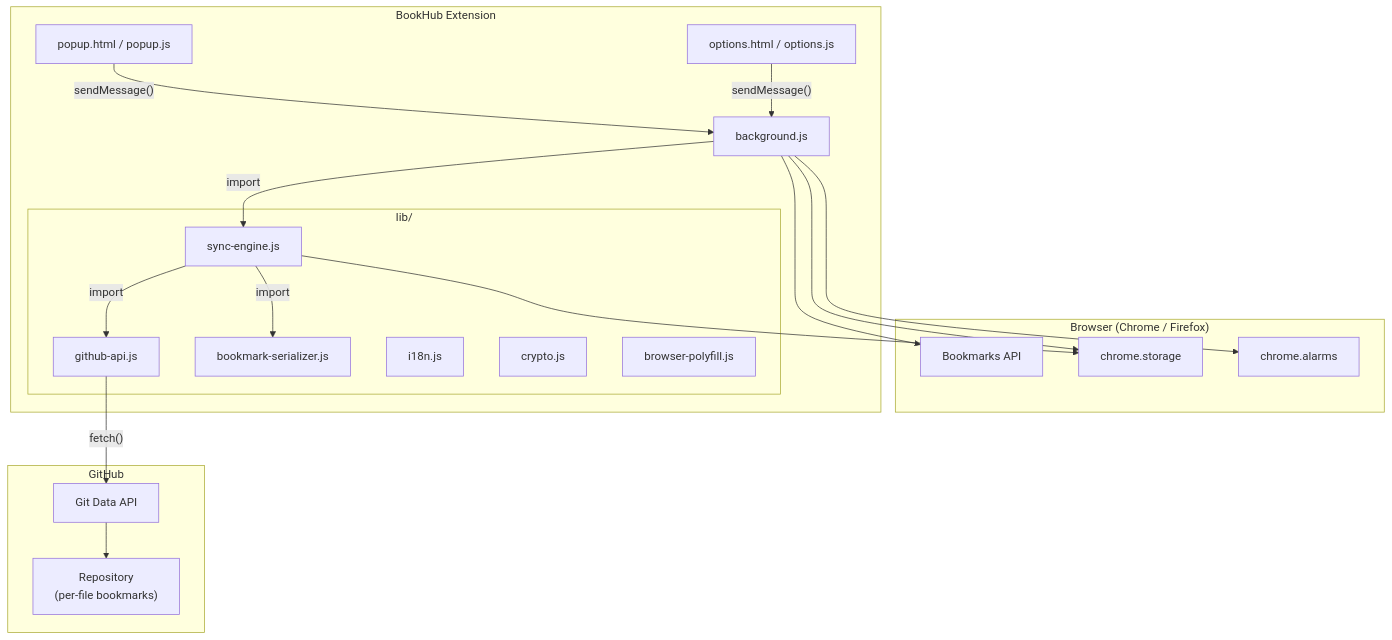
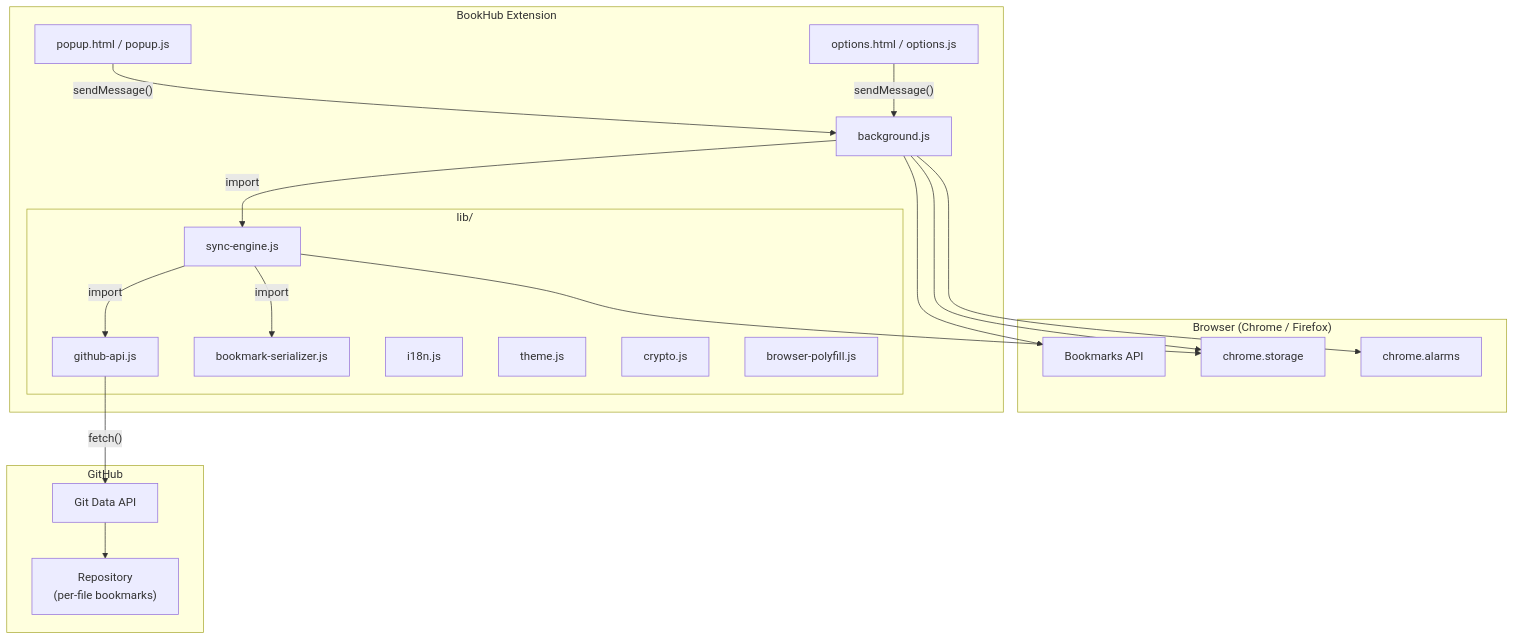
The diagram in docs/ARCHITECTURE.md (d0dg3r/BookHub), drawn with Mermaid before and after one commit. The commit also changed other lines of this file and 15 other files, not shown here.

````diff
--- a/docs/ARCHITECTURE.md
+++ b/docs/ARCHITECTURE.md
@@ -7,39 +7,40 @@
 ```mermaid
 flowchart TB
     subgraph Browser["Browser (Chrome / Firefox)"]
         BM["Bookmarks API"]
         Storage["chrome.storage"]
         Alarms["chrome.alarms"]
     end
 
     subgraph Extension["BookHub Extension"]
         BG["background.js"]
         Popup["popup.html / popup.js"]
         Options["options.html / options.js"]
         subgraph Lib["lib/"]
             SE["sync-engine.js"]
             GH["github-api.js"]
             BS["bookmark-serializer.js"]
             I18N["i18n.js"]
+            Theme["theme.js"]
             Crypto["crypto.js"]
             Polyfill["browser-polyfill.js"]
         end
     end
 
     subgraph Remote["GitHub"]
         GitAPI["Git Data API"]
         Repo["Repository\n(per-file bookmarks)"]
     end
 
     Popup -- "sendMessage()" --> BG
     Options -- "sendMessage()" --> BG
     BG -- "import" --> SE
     SE -- "import" --> GH
     SE -- "import" --> BS
     BG --> BM
     BG --> Storage
     BG --> Alarms
     SE --> Storage
     GH -- "fetch()" --> GitAPI
     GitAPI --> Repo
 ```
````
